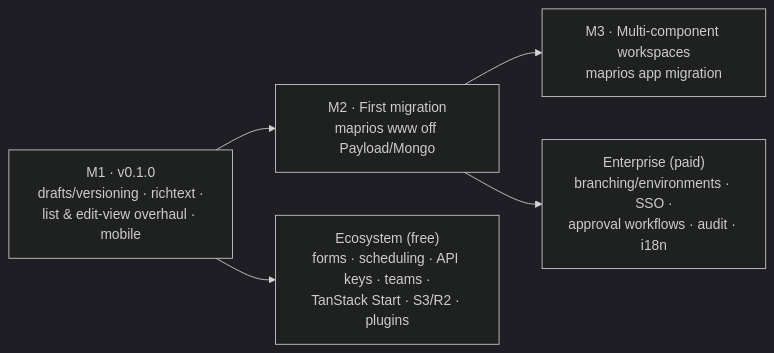
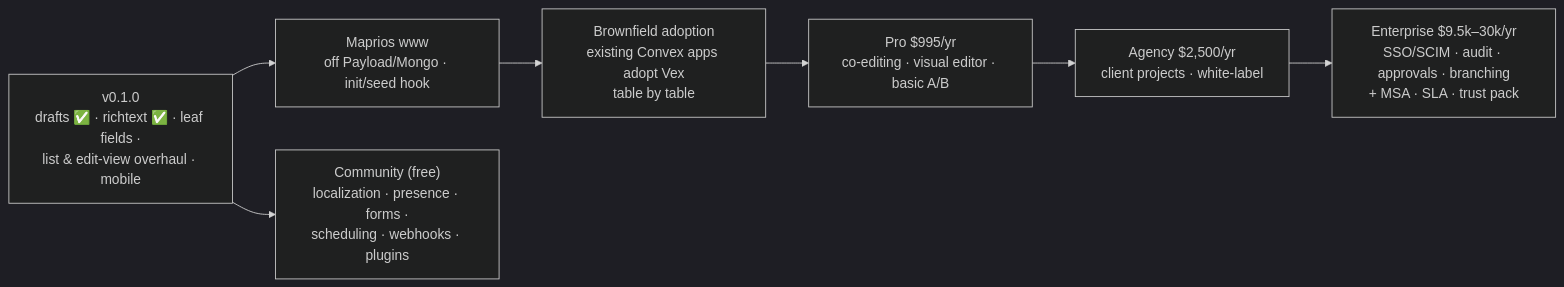
Before and after one commit to ianyimi/vex: the diagram in .agent/docs/research/pitch-deck/06-traction-roadmap-team.md, drawn with Mermaid (dark theme). The commit also changed other lines of this file and 181 other files, not shown here.

````diff
--- a/.agent/docs/research/pitch-deck/06-traction-roadmap-team.md
+++ b/.agent/docs/research/pitch-deck/06-traction-roadmap-team.md
@@ -48,7 +49,9 @@
 ```mermaid
 flowchart LR
-  M1["M1 · v0.1.0<br/>drafts/versioning · richtext ·<br/>list & edit-view overhaul · mobile"] --> M2["M2 · First migration<br/>maprios www off Payload/Mongo"]
-  M2 --> M3["M3 · Multi-component workspaces<br/>maprios app migration"]
-  M1 --> ECO["Ecosystem (free)<br/>forms · scheduling · API keys · teams ·<br/>TanStack Start · S3/R2 · plugins"]
-  M2 --> ENT["Enterprise (paid)<br/>branching/environments · SSO ·<br/>approval workflows · audit · i18n"]
+  M1["v0.1.0<br/>drafts ✅ · richtext ✅ · leaf fields ·<br/>list & edit-view overhaul · mobile"] --> MW["Maprios www<br/>off Payload/Mongo · init/seed hook"]
+  MW --> AD["Brownfield adoption<br/>existing Convex apps adopt Vex<br/>table by table"]
+  AD --> PRO["Pro $995/yr<br/>co-editing · visual editor · basic A/B"]
+  PRO --> AG["Agency $2,500/yr<br/>client projects · white-label"]
+  AG --> ENT["Enterprise $9.5k–30k/yr<br/>SSO/SCIM · audit · approvals · branching<br/>+ MSA · SLA · trust pack"]
+  M1 --> FREE["Community (free)<br/>localization · presence · forms ·<br/>scheduling · webhooks · plugins"]
 ```
````
